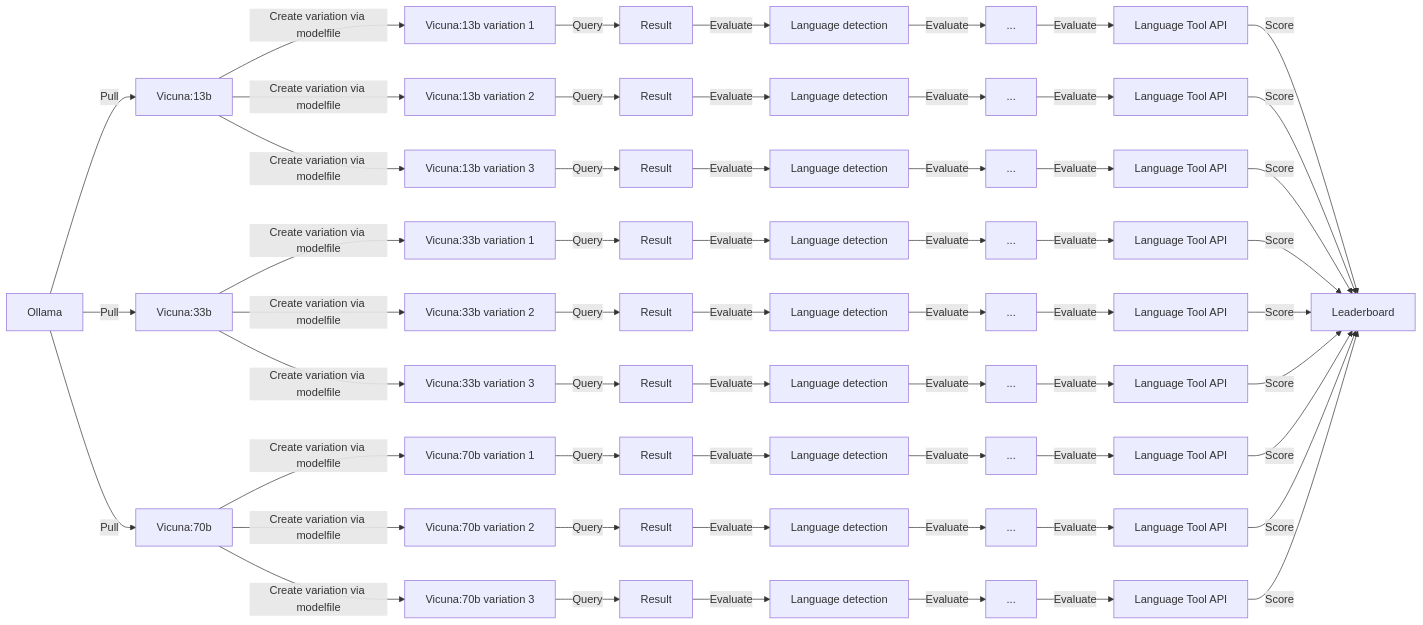
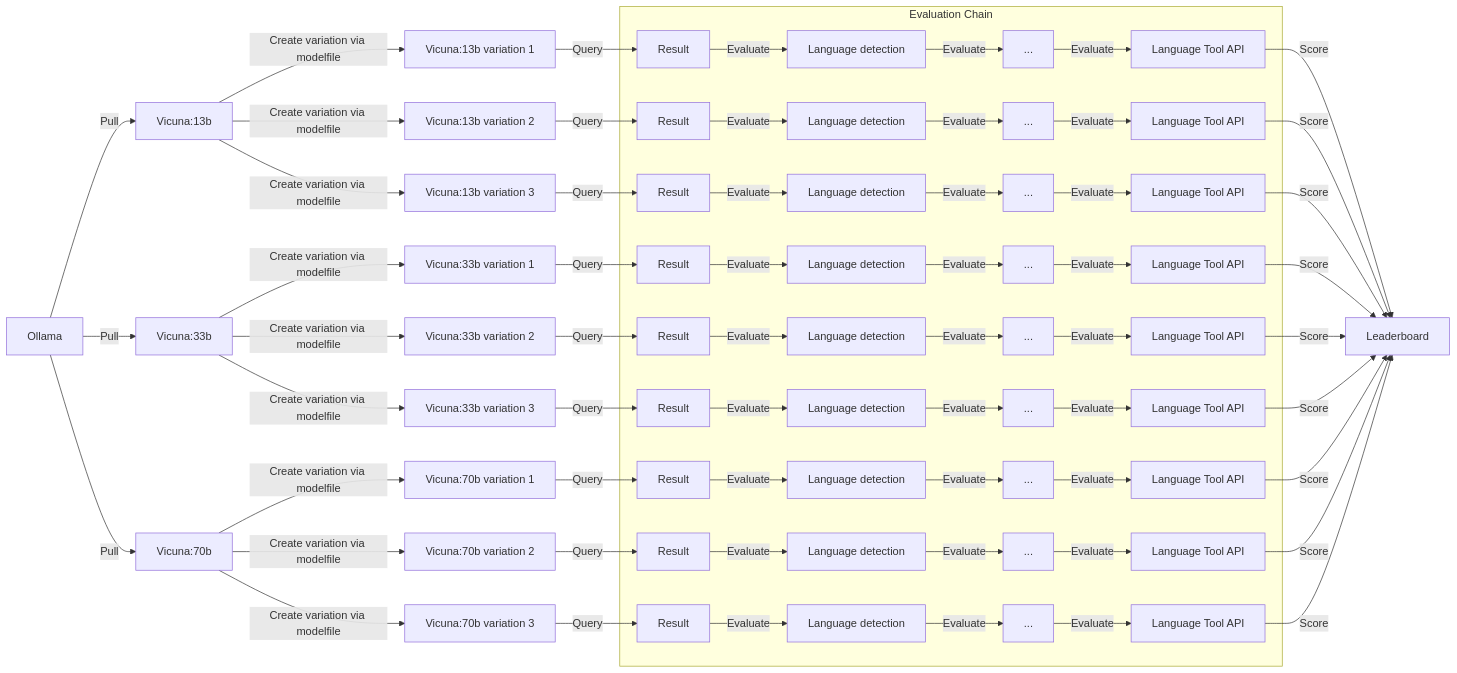
One commit to nshern/dallama changed the diagram in README.md. Above: the diagram before and after it, drawn with Mermaid.

````diff
--- a/README.md
+++ b/README.md
@@ -7,68 +7,70 @@
 ```mermaid
 flowchart LR
 A[Ollama] --Pull--> B[Vicuna:13b]
 A[Ollama] --Pull--> C[Vicuna:33b]
 A[Ollama] --Pull--> D[Vicuna:70b]
 
 B[Vicuna:13b] --Create variation via modelfile-->E[Vicuna:13b variation 1]
 C[Vicuna:33b] --Create variation via modelfile-->F[Vicuna:33b variation 1]
 D[Vicuna:70b] --Create variation via modelfile-->G[Vicuna:70b variation 1]
 B[Vicuna:13b] --Create variation via modelfile-->H[Vicuna:13b variation 2]
 C[Vicuna:33b] --Create variation via modelfile-->I[Vicuna:33b variation 2]
 D[Vicuna:70b] --Create variation via modelfile-->J[Vicuna:70b variation 2]
 B[Vicuna:13b] --Create variation via modelfile-->K[Vicuna:13b variation 3]
 C[Vicuna:33b] --Create variation via modelfile-->L[Vicuna:33b variation 3]
 D[Vicuna:70b] --Create variation via modelfile-->M[Vicuna:70b variation 3]
 
 E -- Query --> AE[Result]
 F -- Query --> AF[Result]
 G -- Query --> AG[Result]
 H -- Query --> AH[Result]
 I -- Query --> AI[Result]
 J -- Query --> AJ[Result]
 K -- Query --> AK[Result]
 L -- Query --> AL[Result]
 M -- Query --> AM[Result]
 
+subgraph Evaluation Chain
 AE -- Evaluate--> DN[Language detection]
 AF -- Evaluate--> DP[Language detection]
 AG -- Evaluate--> DQ[Language detection]
 AH -- Evaluate--> DR[Language detection]
 AI -- Evaluate--> DS[Language detection]
 AJ -- Evaluate--> DT[Language detection]
 AK -- Evaluate--> DU[Language detection]
 AL -- Evaluate--> DV[Language detection]
 AM -- Evaluate--> DW[Language detection]
 
 DN -- Evaluate --> AAA[...]
 DP -- Evaluate --> AAB[...]
 DQ -- Evaluate --> AAC[...]
 DR -- Evaluate --> AAD[...]
 DS -- Evaluate --> AAE[...]
 DT -- Evaluate --> AAF[...]
 DU -- Evaluate --> AAG[...]
 DV -- Evaluate --> AAH[...]
 DW -- Evaluate --> AAI[...]
 
 AAA -- Evaluate --> BA[Language Tool API]
 AAB -- Evaluate --> BB[Language Tool API]
 AAC -- Evaluate --> BC[Language Tool API]
 AAD -- Evaluate --> BD[Language Tool API]
 AAE -- Evaluate --> BE[Language Tool API]
 AAF -- Evaluate --> BF[Language Tool API]
 AAG -- Evaluate --> BG[Language Tool API]
 AAH -- Evaluate --> BH[Language Tool API]
 AAI -- Evaluate --> BI[Language Tool API]
+end
 
 BA -- Score --> CA[Leaderboard]
 BB -- Score --> CA[Leaderboard]
 BC -- Score --> CA[Leaderboard]
 BD -- Score --> CA[Leaderboard]
 BE -- Score --> CA[Leaderboard]
 BF -- Score --> CA[Leaderboard]
 BG -- Score --> CA[Leaderboard]
 BH -- Score --> CA[Leaderboard]
 BI -- Score --> CA[Leaderboard]
 
 
 ```
````
